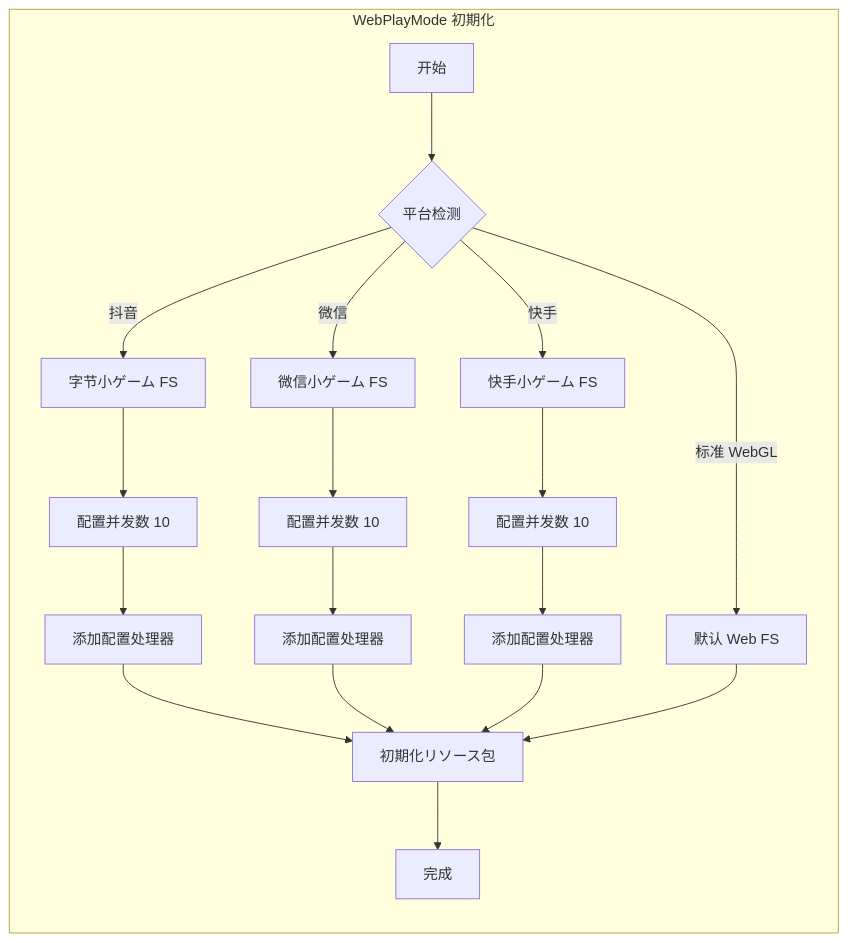
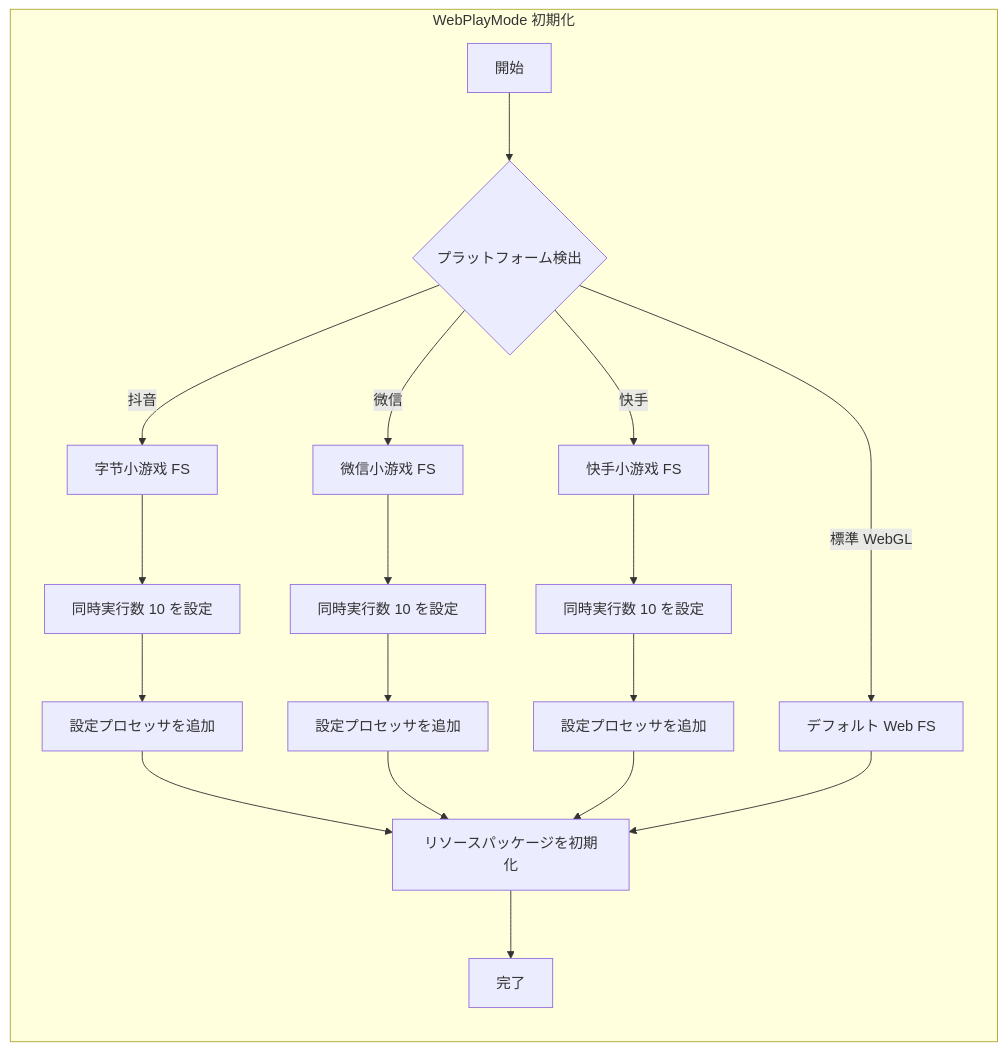
One commit to AlianBlank/GameFrameX.Docs changed the second of 2 diagrams in docs/ja/client/unity/component/asset/17.webgl.md. Above: the diagram before and after it, drawn with Mermaid. The commit also changed other lines of this file and 320 other files, not shown here.

````diff
--- a/docs/ja/client/unity/component/asset/17.webgl.md
+++ b/docs/ja/client/unity/component/asset/17.webgl.md
@@ -202,26 +202,26 @@
 ```mermaid
 flowchart LR
     subgraph WebPlayMode["WebPlayMode 初期化"]
-        Start[开始] --> CheckPlatform{平台检测}
-        
-        CheckPlatform -->|抖音| DY[字节小ゲーム FS]
-        CheckPlatform -->|微信| WC[微信小ゲーム FS]
-        CheckPlatform -->|快手| KS[快手小ゲーム FS]
-        CheckPlatform -->|标准 WebGL| Web[默认 Web FS]
-        
-        DY --> ConfigDY[配置并发数 10]
-        WC --> ConfigWC[配置并发数 10]
-        KS --> ConfigKS[配置并发数 10]
-        
-        ConfigDY --> AddDYHandler[添加配置处理器]
-        ConfigWC --> AddWCHandler[添加配置处理器]
-        ConfigKS --> AddKSHandler[添加配置处理器]
-        
-        AddDYHandler --> InitPackage[初期化リソース包]
+        Start[開始] --> CheckPlatform{プラットフォーム検出}
+
+        CheckPlatform -->|抖音| DY[字节小游戏 FS]
+        CheckPlatform -->|微信| WC[微信小游戏 FS]
+        CheckPlatform -->|快手| KS[快手小游戏 FS]
+        CheckPlatform -->|標準 WebGL| Web[デフォルト Web FS]
+
+        DY --> ConfigDY[同時実行数 10 を設定]
+        WC --> ConfigWC[同時実行数 10 を設定]
+        KS --> ConfigKS[同時実行数 10 を設定]
+
+        ConfigDY --> AddDYHandler[設定プロセッサを追加]
+        ConfigWC --> AddWCHandler[設定プロセッサを追加]
+        ConfigKS --> AddKSHandler[設定プロセッサを追加]
+
+        AddDYHandler --> InitPackage[リソースパッケージを初期化]
         AddWCHandler --> InitPackage
         AddKSHandler --> InitPackage
         Web --> InitPackage
-        
-        InitPackage --> End[完成]
+
+        InitPackage --> End[完了]
     end
 ```
````
